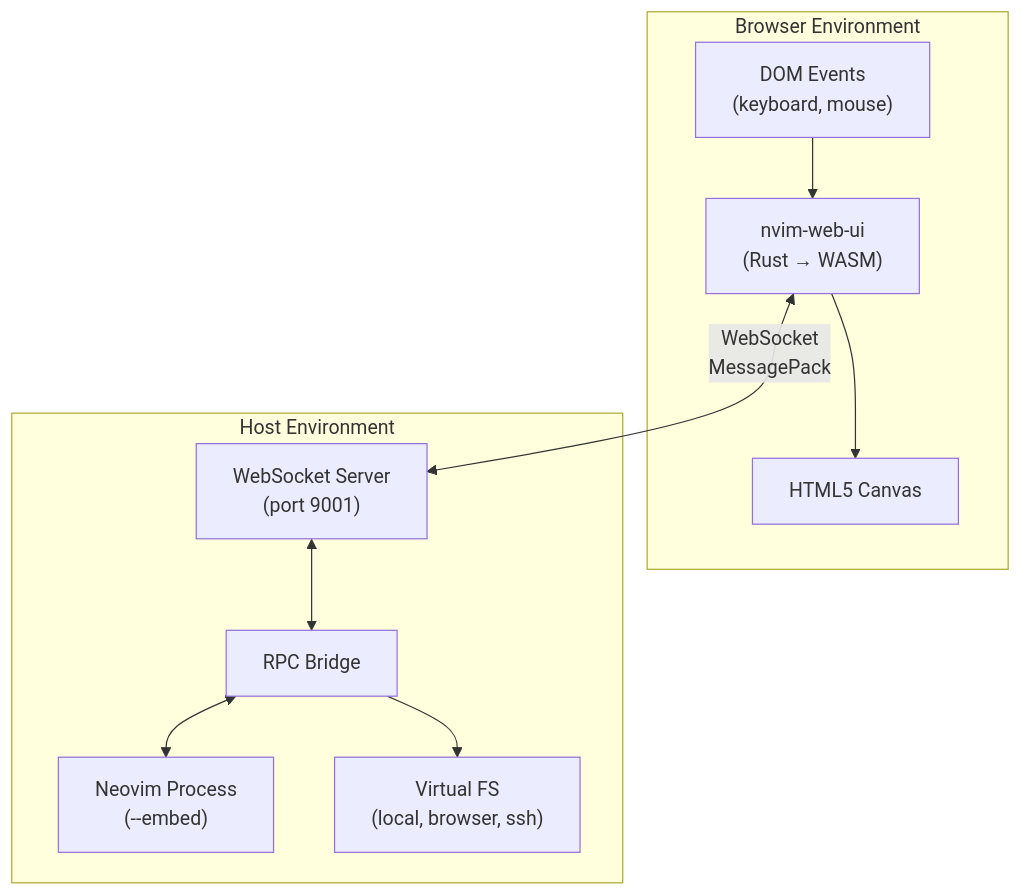
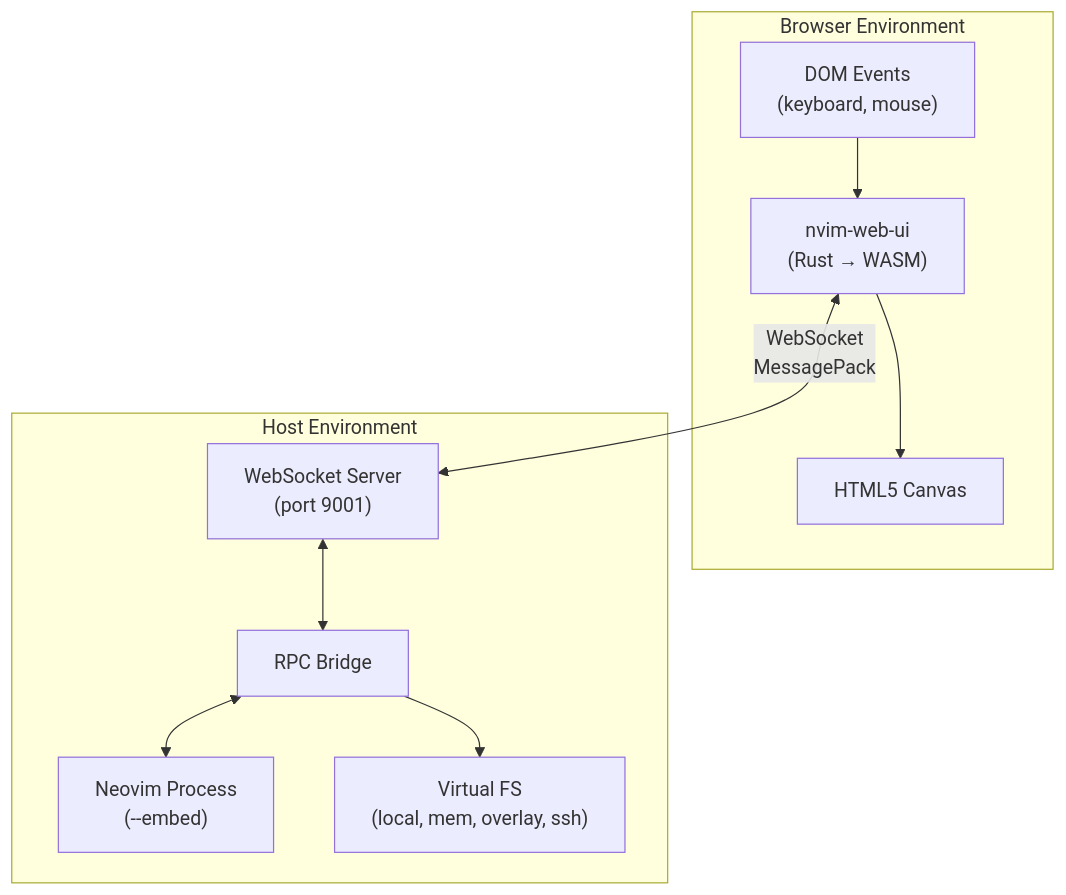
The first of 10 diagrams in docs/architecture.md (kj114022/nvim-web), drawn with Mermaid before and after one commit. The commit also changed other lines of this file and 69 other files, not shown here.

````diff
--- a/docs/architecture.md
+++ b/docs/architecture.md
@@ -11,24 +11,24 @@
 ```mermaid
 graph TB
     subgraph "Browser Environment"
         WASM["nvim-web-ui<br/>(Rust → WASM)"]
         Canvas["HTML5 Canvas"]
         DOM["DOM Events<br/>(keyboard, mouse)"]
         
         DOM --> WASM
         WASM --> Canvas
     end
     
     subgraph "Host Environment"
         WS["WebSocket Server<br/>(port 9001)"]
         Bridge["RPC Bridge"]
         Nvim["Neovim Process<br/>(--embed)"]
-        VFS["Virtual FS<br/>(local, browser, ssh)"]
+        VFS["Virtual FS<br/>(local, mem, overlay, ssh)"]
         
         WS <--> Bridge
         Bridge <--> Nvim
         Bridge --> VFS
     end
     
     WASM <--"WebSocket<br/>MessagePack"--> WS
 ```
````
